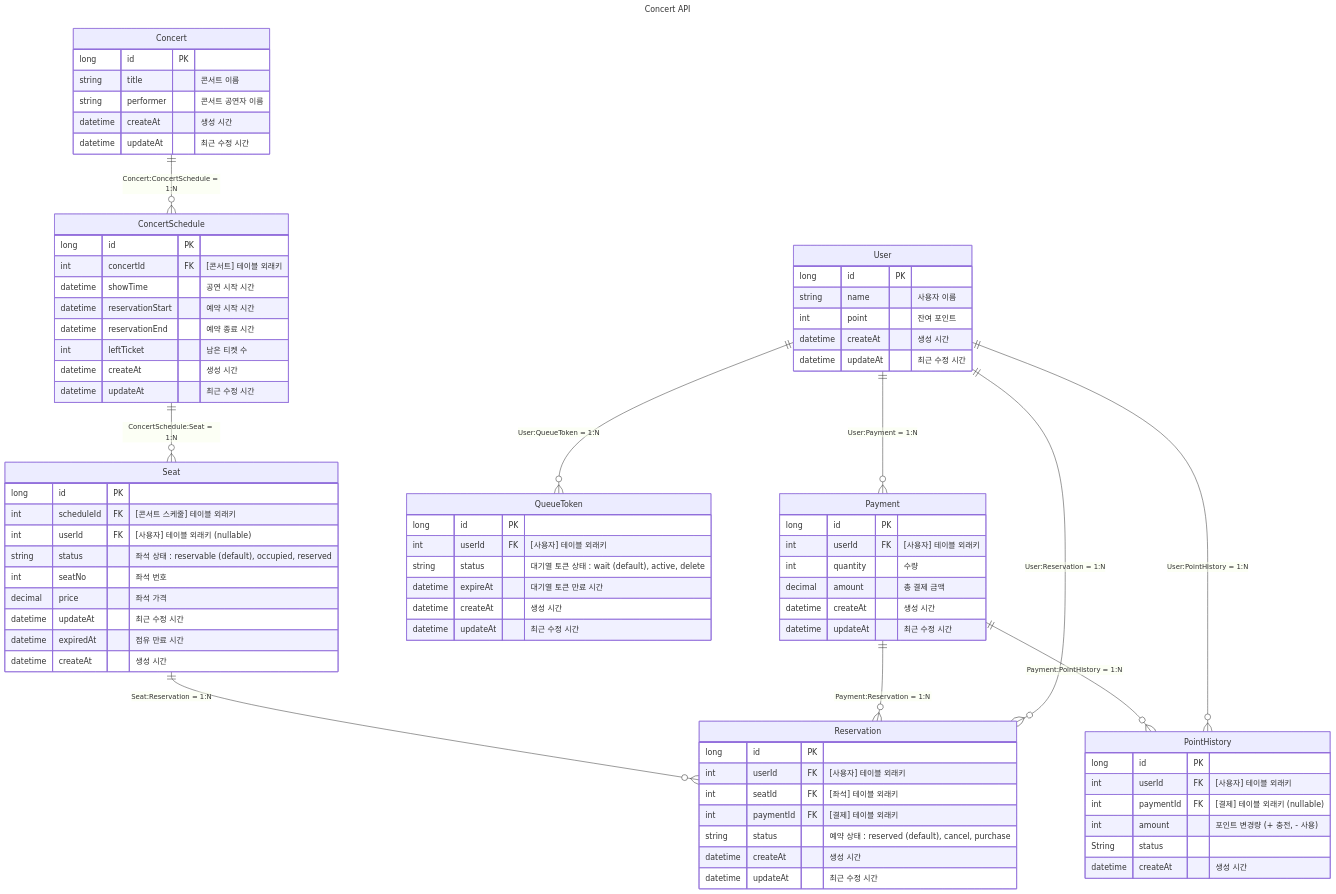
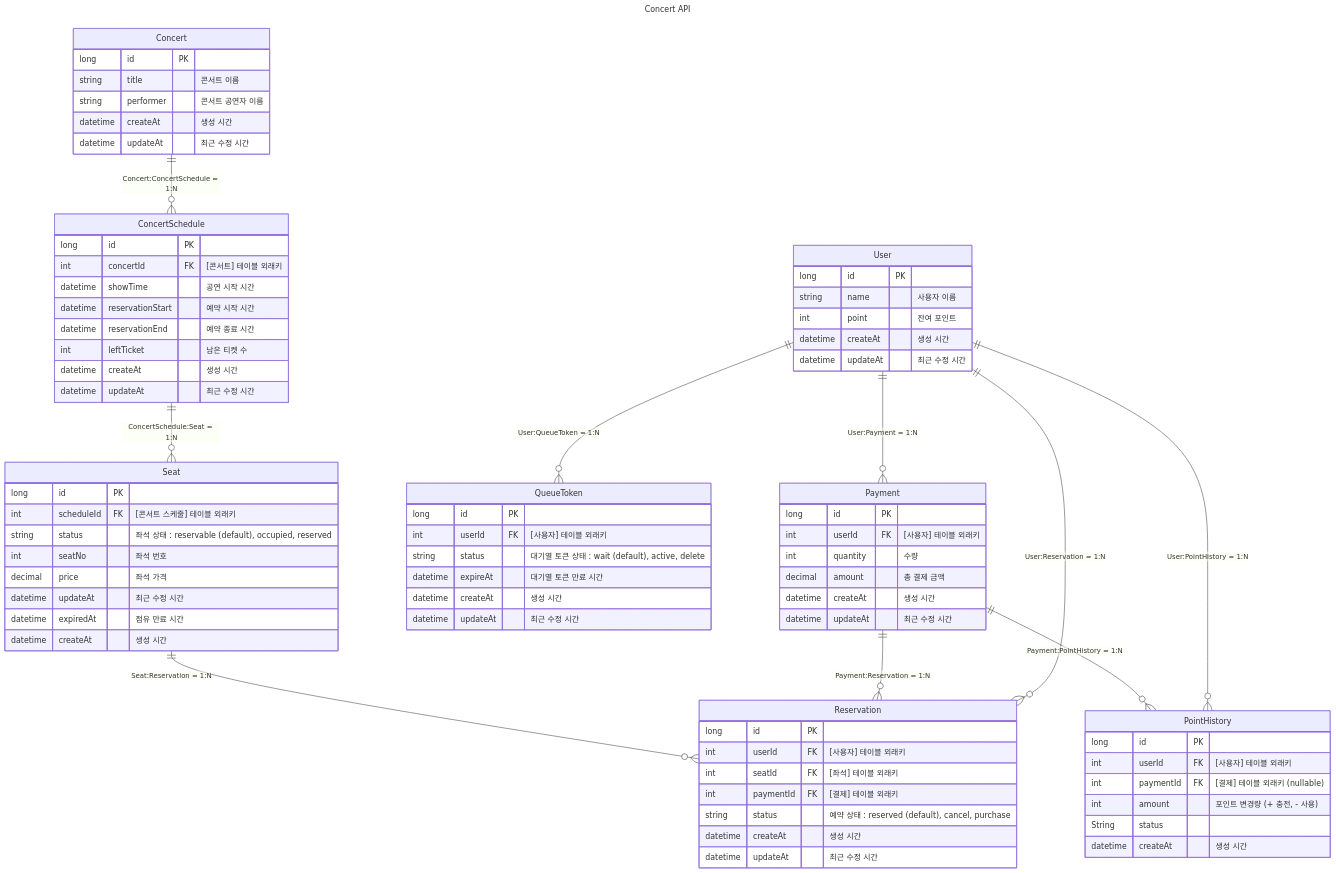
Before and after one commit to GustavEiffels/hhplus_server_build: the diagram in docs/erd/ERDiagram.md, drawn with Mermaid. The commit also changed 8 other files, not shown here.

```diff
--- a/docs/erd/ERDiagram.md
+++ b/docs/erd/ERDiagram.md
@@ -8,7 +8,6 @@
 
 
         int scheduleId    FK    "[콘서트 스케줄] 테이블 외래키" 
-        int userId        FK    "[사용자] 테이블 외래키 (nullable)" 
 
         string   status           "좌석 상태 : reservable (default), occupied, reserved"
         int      seatNo              "좌석 번호"
```
